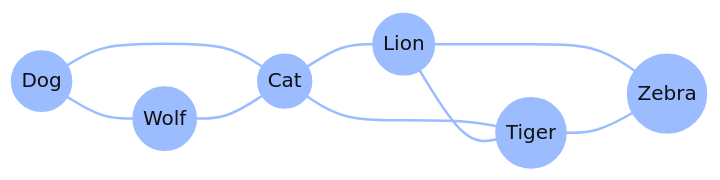
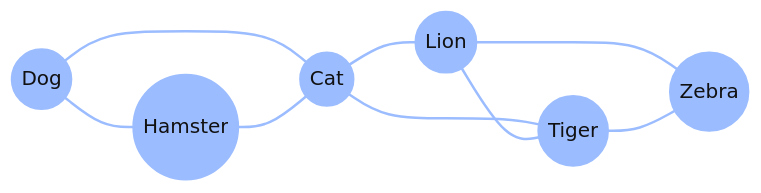
One commit to josephausterweil/probintro changed the second of 2 diagrams in content/intro2/14_random_walks_networks.md. Above: the diagram before and after it, drawn with Mermaid. The commit also changed other lines of this file and 1 other file, not shown here.

First line of the commit message:
Ch 14: replace Wolf with Hamster in the pets cluster

````diff
--- a/content/intro2/14_random_walks_networks.md
+++ b/content/intro2/14_random_walks_networks.md
@@ -114,16 +114,16 @@
 ```mermaid
 graph LR
-    Dog((Dog)) --- Wolf((Wolf))
+    Dog((Dog)) --- Hamster((Hamster))
     Dog --- Cat((Cat))
-    Wolf --- Cat
+    Hamster --- Cat
     Cat --- Lion((Lion))
     Cat --- Tiger((Tiger))
     Lion --- Tiger
     Lion --- Zebra((Zebra))
     Tiger --- Zebra
     classDef node fill:none,stroke:#9bbcff,stroke-width:2px,color:#fff
     classDef visited fill:#9bbcff,stroke:#9bbcff,stroke-width:2px,color:#111
-    class Dog,Wolf,Cat,Lion,Tiger,Zebra node
-    class Wolf,Dog,Cat,Lion,Tiger,Zebra visited
+    class Dog,Hamster,Cat,Lion,Tiger,Zebra node
+    class Hamster,Dog,Cat,Lion,Tiger,Zebra visited
     linkStyle default stroke:#9bbcff,stroke-width:2px,color:#fff
 ```
````
